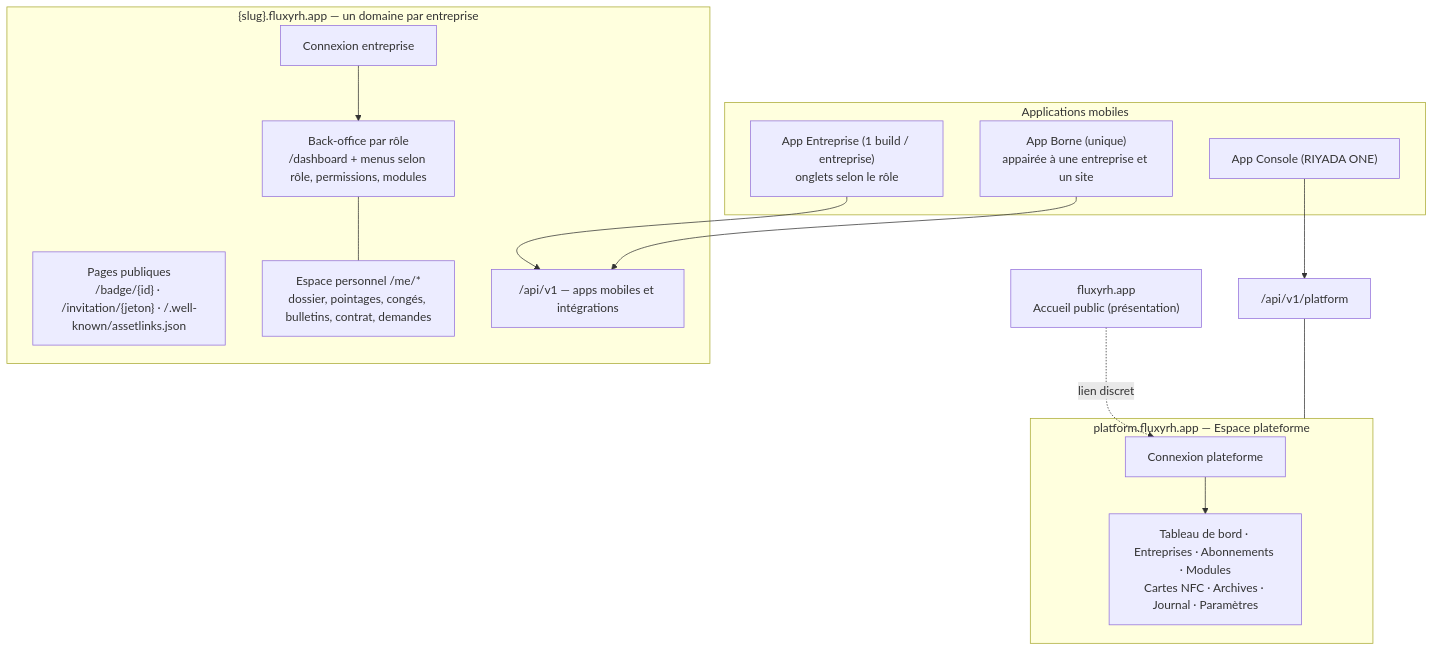
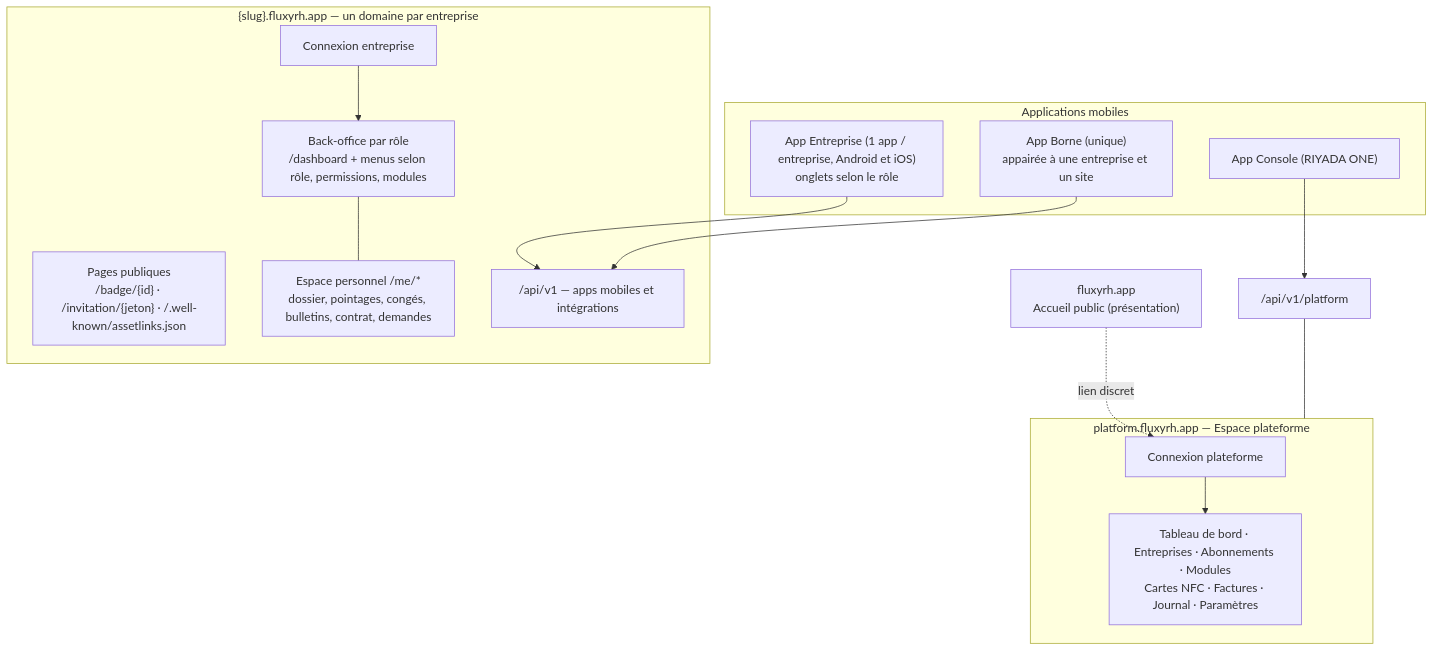
One commit to riyadaOne/fluxyrh-docs changed the first of 21 diagrams in 01-specifications/APPFLOW.md. Above: the diagram before and after it, drawn with Mermaid. The commit also changed other lines of this file and 21 other files, not shown here.

````diff
--- a/01-specifications/APPFLOW.md
+++ b/01-specifications/APPFLOW.md
@@ -63,24 +64,24 @@
 ```mermaid
 flowchart TB
     R["fluxyrh.app<br/>Accueil public (présentation)"]
     subgraph PLT["platform.fluxyrh.app — Espace plateforme"]
-        P1[Connexion plateforme] --> P2[Tableau de bord · Entreprises · Abonnements · Modules<br/>Cartes NFC · Archives · Journal · Paramètres]
+        P1[Connexion plateforme] --> P2[Tableau de bord · Entreprises · Abonnements · Modules<br/>Cartes NFC · Factures · Journal · Paramètres]
     end
     subgraph ENT["{slug}.fluxyrh.app — un domaine par entreprise"]
         PUB["Pages publiques<br/>/badge/{id} · /invitation/{jeton} · /.well-known/assetlinks.json"]
         L[Connexion entreprise] --> BO["Back-office par rôle<br/>/dashboard + menus selon rôle, permissions, modules"]
         ME["Espace personnel /me/*<br/>dossier, pointages, congés, bulletins, contrat, demandes"]
         API["/api/v1 — apps mobiles et intégrations"]
     end
     subgraph MOB["Applications mobiles"]
-        A["App Entreprise (1 build / entreprise)<br/>onglets selon le rôle"]
+        A["App Entreprise (1 app / entreprise, Android et iOS)<br/>onglets selon le rôle"]
         B["App Borne (unique)<br/>appairée à une entreprise et un site"]
         C["App Console (RIYADA ONE)"]
     end
     R -. lien discret .-> P1
     BO --- ME
     A --> API
     B --> API
     C --> PAPI["/api/v1/platform"]
     PAPI --- PLT
 ```
````
